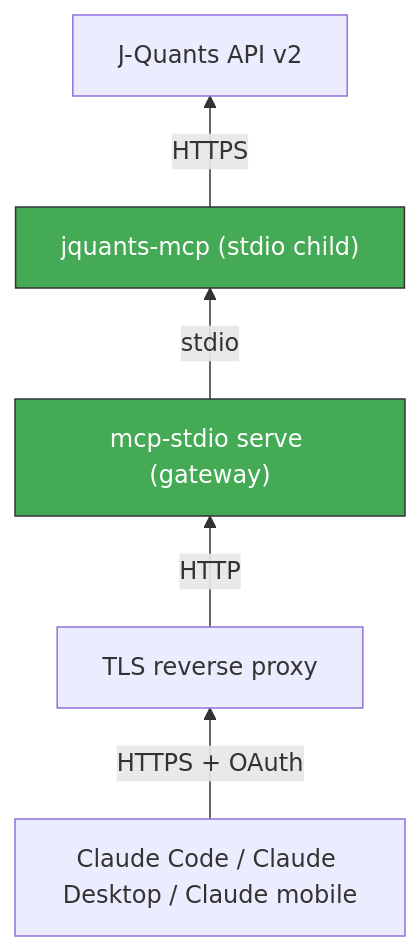
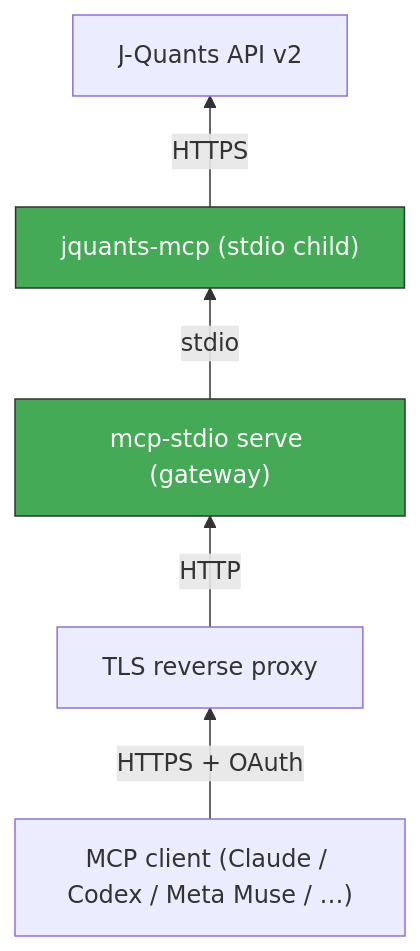
Before and after one commit to shigechika/jquants-mcp: the fourth of 5 diagrams in docs/deploy/README.md, drawn with Mermaid. The commit also changed other lines of this file and 15 other files, not shown here.

First line of the commit message:
docs: show jquants-mcp works with non-Claude MCP clients (Codex, Meta Muse) (#644)

````diff
--- a/docs/deploy/README.md
+++ b/docs/deploy/README.md
@@ -84,16 +84,16 @@
 ```mermaid
 graph BT
     E["J-Quants API v2"]
     D["jquants-mcp (stdio child)"]
     C["mcp-stdio serve (gateway)"]
     B["TLS reverse proxy"]
-    A["Claude Code / Claude Desktop / Claude mobile"]
+    A["MCP client (Claude / Codex / Meta Muse / …)"]
 
     A -->|"HTTPS + OAuth"| B
     B -->|HTTP| C
     C -->|stdio| D
     D -->|HTTPS| E
 
     style C fill:#4a5,stroke:#333,color:#fff
     style D fill:#4a5,stroke:#333,color:#fff
 ```
````
